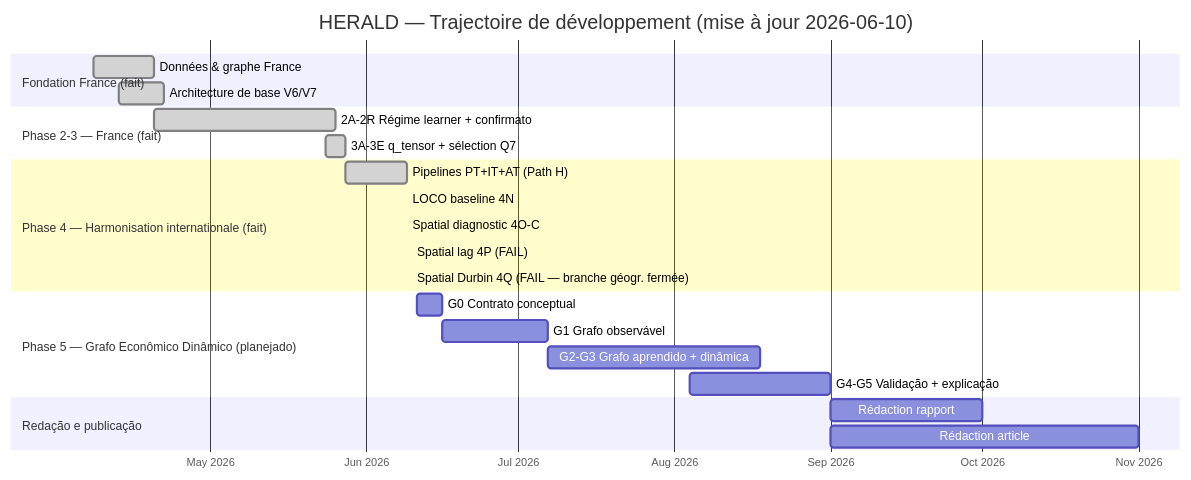
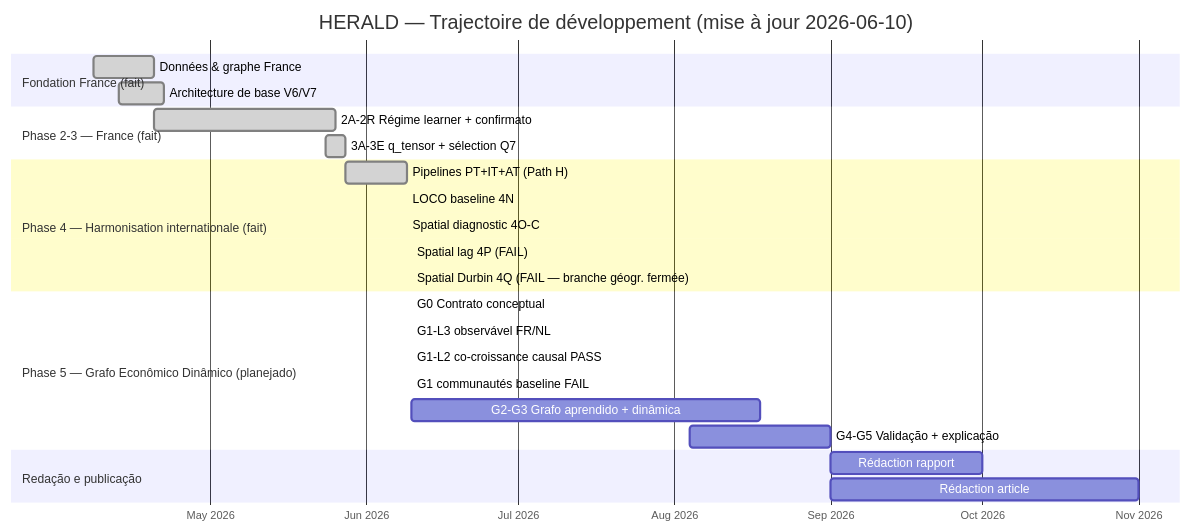
The diagram in README.md (Jpmartinslag/neural-temporal-relational-model), drawn with Mermaid before and after one commit. The commit also changed other lines of this file and 23 other files, not shown here.

````diff
--- a/README.md
+++ b/README.md
@@ -11,31 +11,33 @@
 ```mermaid
 gantt
     title HERALD — Trajectoire de développement (mise à jour 2026-06-10)
     dateFormat  YYYY-MM-DD
     axisFormat  %b %Y
 
     section Fondation France (fait)
     Données & graphe France          :done, found1, 2026-04-08, 2026-04-20
     Architecture de base V6/V7       :done, found2, 2026-04-13, 2026-04-22
 
     section Phase 2-3 — France (fait)
     2A-2R Régime learner + confirmato :done, p2, 2026-04-20, 2026-05-26
     3A-3E q_tensor + sélection Q7     :done, p3, 2026-05-24, 2026-05-28
 
     section Phase 4 — Harmonisation internationale (fait)
     Pipelines PT+IT+AT (Path H)      :done, p4data, 2026-05-28, 2026-06-09
     LOCO baseline 4N                 :done, p4n, 2026-06-09, 2026-06-09
     Spatial diagnostic 4O-C          :done, p4o, 2026-06-09, 2026-06-09
     Spatial lag 4P (FAIL)            :done, p4p, 2026-06-10, 2026-06-10
     Spatial Durbin 4Q (FAIL — branche géogr. fermée) :done, p4q, 2026-06-10, 2026-06-10
 
     section Phase 5 — Grafo Econômico Dinâmico (planejado)
-    G0 Contrato conceptual           :p5g0, 2026-06-11, 2026-06-16
-    G1 Grafo observável              :p5g1, 2026-06-16, 2026-07-07
-    G2-G3 Grafo aprendido + dinâmica :p5g2, 2026-07-07, 2026-08-18
+    G0 Contrato conceptual           :done, p5g0, 2026-06-10, 2026-06-10
+    G1-L3 observável FR/NL           :done, p5g1a, 2026-06-10, 2026-06-10
+    G1-L2 co-croissance causal PASS  :done, p5g1b, 2026-06-10, 2026-06-10
+    G1 communautés baseline FAIL     :done, p5g1c, 2026-06-10, 2026-06-10
+    G2-G3 Grafo aprendido + dinâmica :p5g2, after p5g1b, 2026-08-18
     G4-G5 Validação + explicação     :p5g4, 2026-08-04, 2026-09-01
 
     section Redação e publicação
     Rédaction rapport                :rep, after p5g4, 2026-10-01
     Rédaction article                :paper, after p5g4, 2026-11-01
 ```
````
